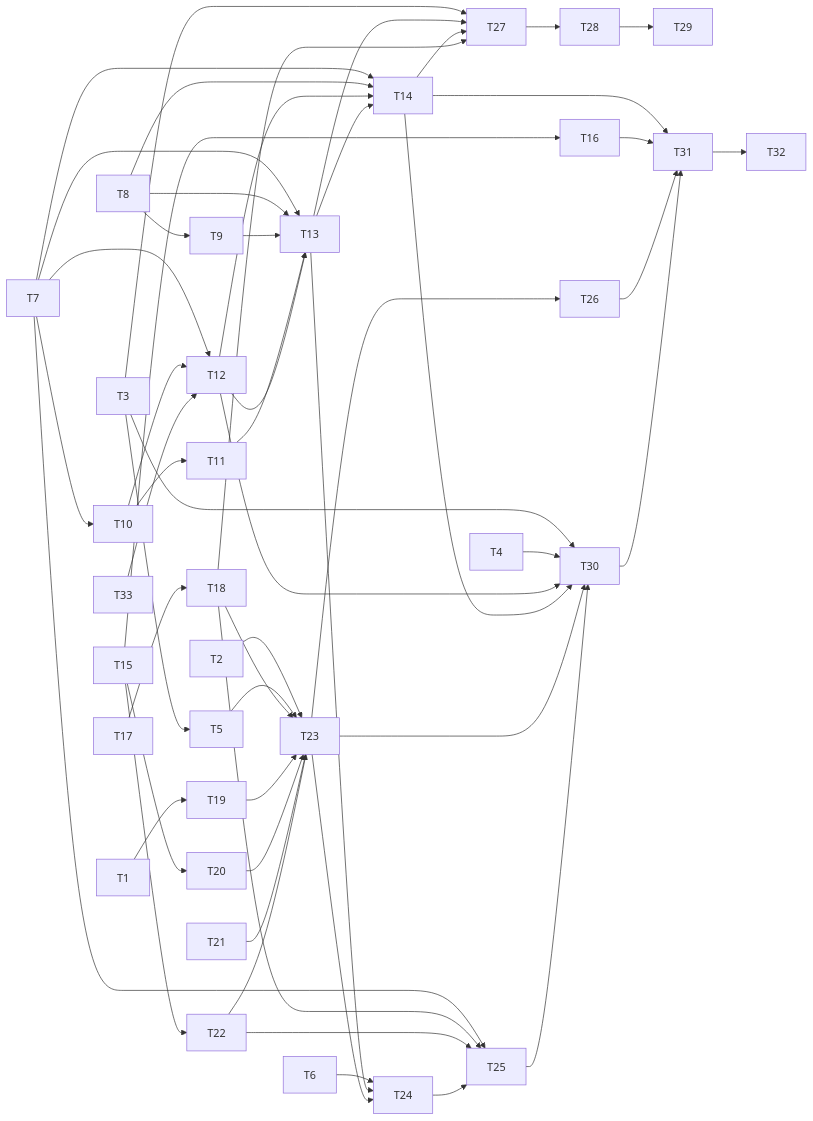
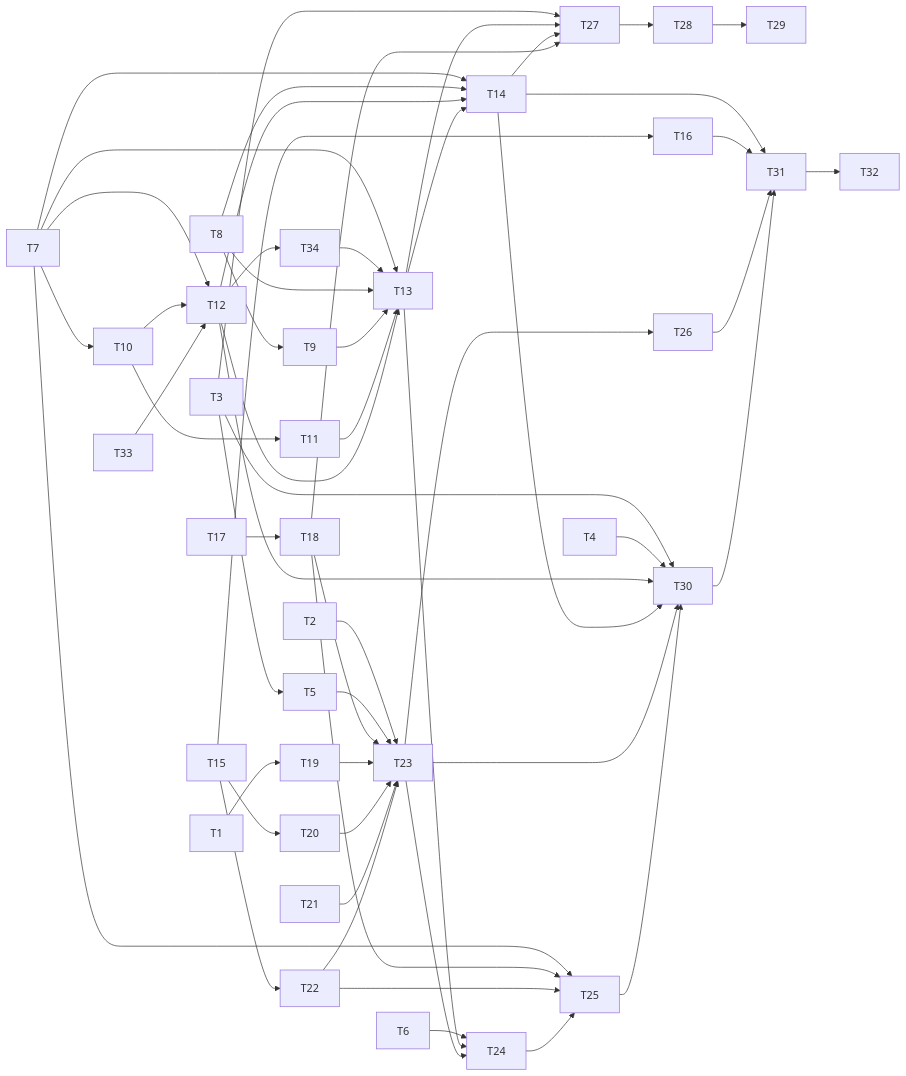
The diagram in planning/specs/bash-confinement.md (liaden/lain), drawn with Mermaid before and after one commit. The commit also changed other lines of this file, not shown here.

````diff
--- a/planning/specs/bash-confinement.md
+++ b/planning/specs/bash-confinement.md
@@ -123,56 +123,58 @@
 ```mermaid
 flowchart LR
   T3 --> T5
   T8 --> T9
   T7 --> T10
   T10 --> T11
   T7 --> T12
   T10 --> T12
   T33 --> T12
   T7 --> T13
+  T12 --> T34
+  T34 --> T13
   T8 --> T13
   T9 --> T13
   T11 --> T13
   T12 --> T13
   T7 --> T14
   T8 --> T14
   T12 --> T14
   T13 --> T14
   T15 --> T16
   T17 --> T18
   T1 --> T19
   T15 --> T20
   T15 --> T22
   T2 --> T23
   T5 --> T23
   T18 --> T23
   T19 --> T23
   T20 --> T23
   T21 --> T23
   T22 --> T23
   T6 --> T24
   T13 --> T24
   T23 --> T24
   T7 --> T25
   T18 --> T25
   T22 --> T25
   T24 --> T25
   T23 --> T26
   T3 --> T27
   T13 --> T27
   T14 --> T27
   T18 --> T27
   T27 --> T28
   T28 --> T29
   T3 --> T30
   T4 --> T30
   T12 --> T30
   T14 --> T30
   T23 --> T30
   T25 --> T30
   T14 --> T31
   T16 --> T31
   T26 --> T31
   T30 --> T31
   T31 --> T32
 ```
````
